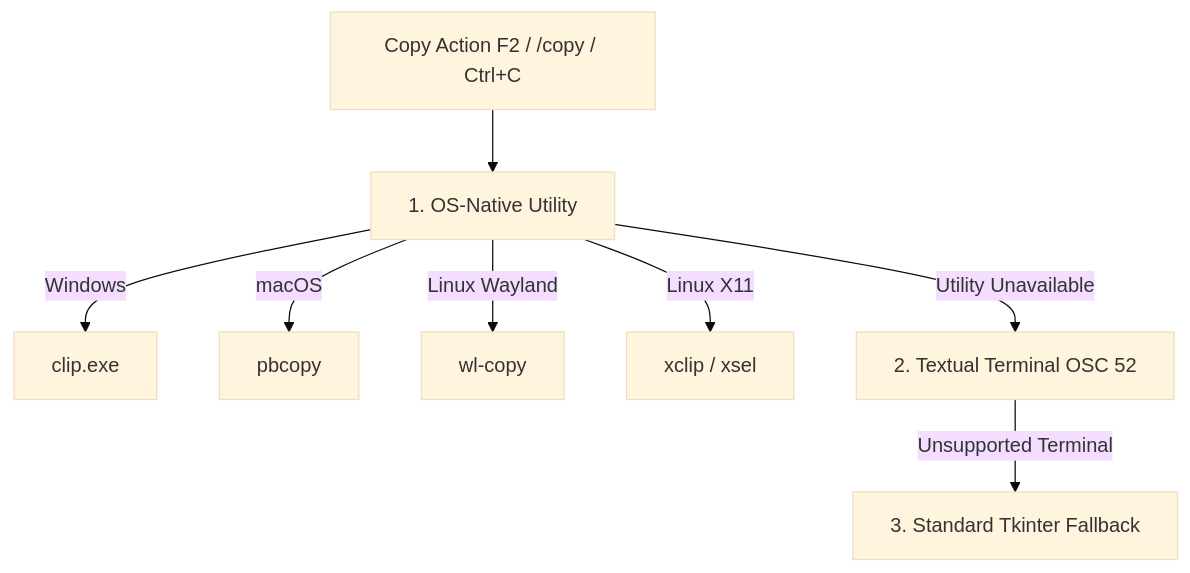
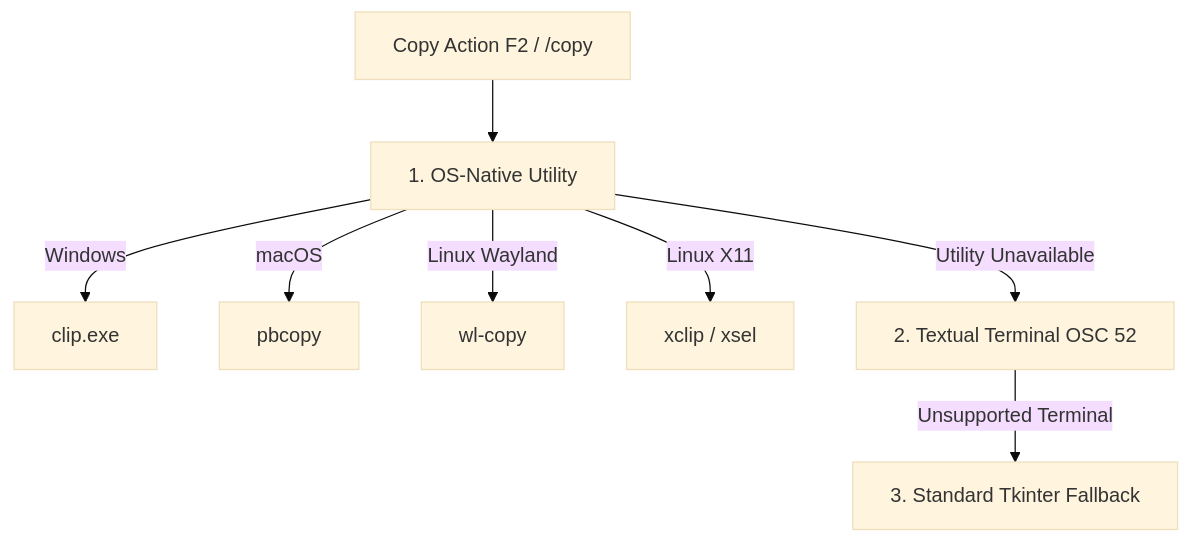
Before and after one commit to cosq-network/devx: the diagram in docs/user-guide/04-tui-guide.md, drawn with Mermaid (base theme). The commit also changed other lines of this file and 16 other files, not shown here.

````diff
--- a/docs/user-guide/04-tui-guide.md
+++ b/docs/user-guide/04-tui-guide.md
@@ -207,11 +207,11 @@
 ```mermaid
 graph TD
-    COPY[Copy Action F2 / /copy / Ctrl+C] --> OS[1. OS-Native Utility]
+    COPY[Copy Action F2 / /copy] --> OS[1. OS-Native Utility]
     OS -->|Windows| CLIP[clip.exe]
     OS -->|macOS| PBCOPY[pbcopy]
     OS -->|Linux Wayland| WLCOPY[wl-copy]
     OS -->|Linux X11| XCLIP[xclip / xsel]
     
     OS -->|Utility Unavailable| OSC52[2. Textual Terminal OSC 52]
     OSC52 -->|Unsupported Terminal| TKINTER[3. Standard Tkinter Fallback]
 ```
````
